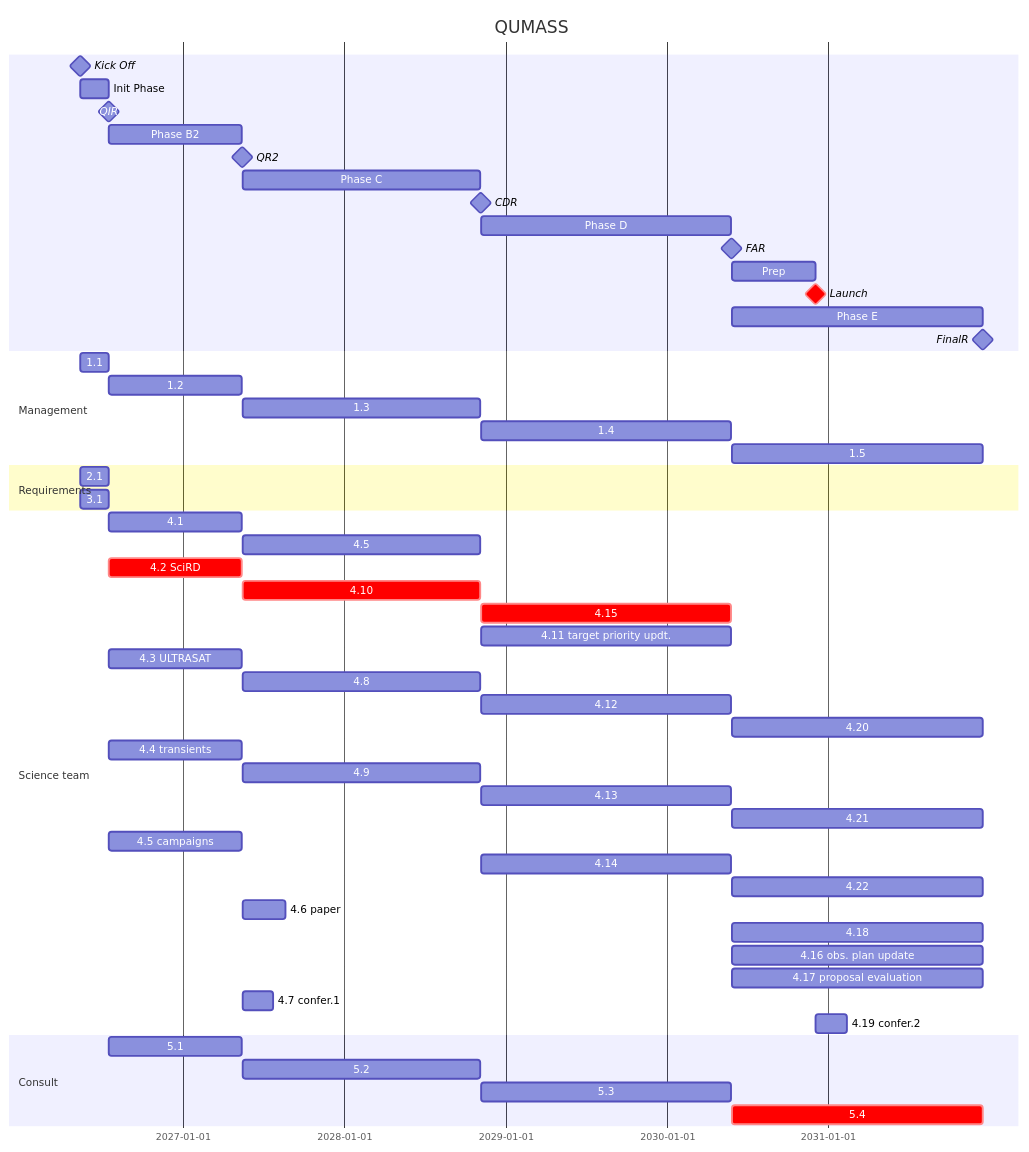
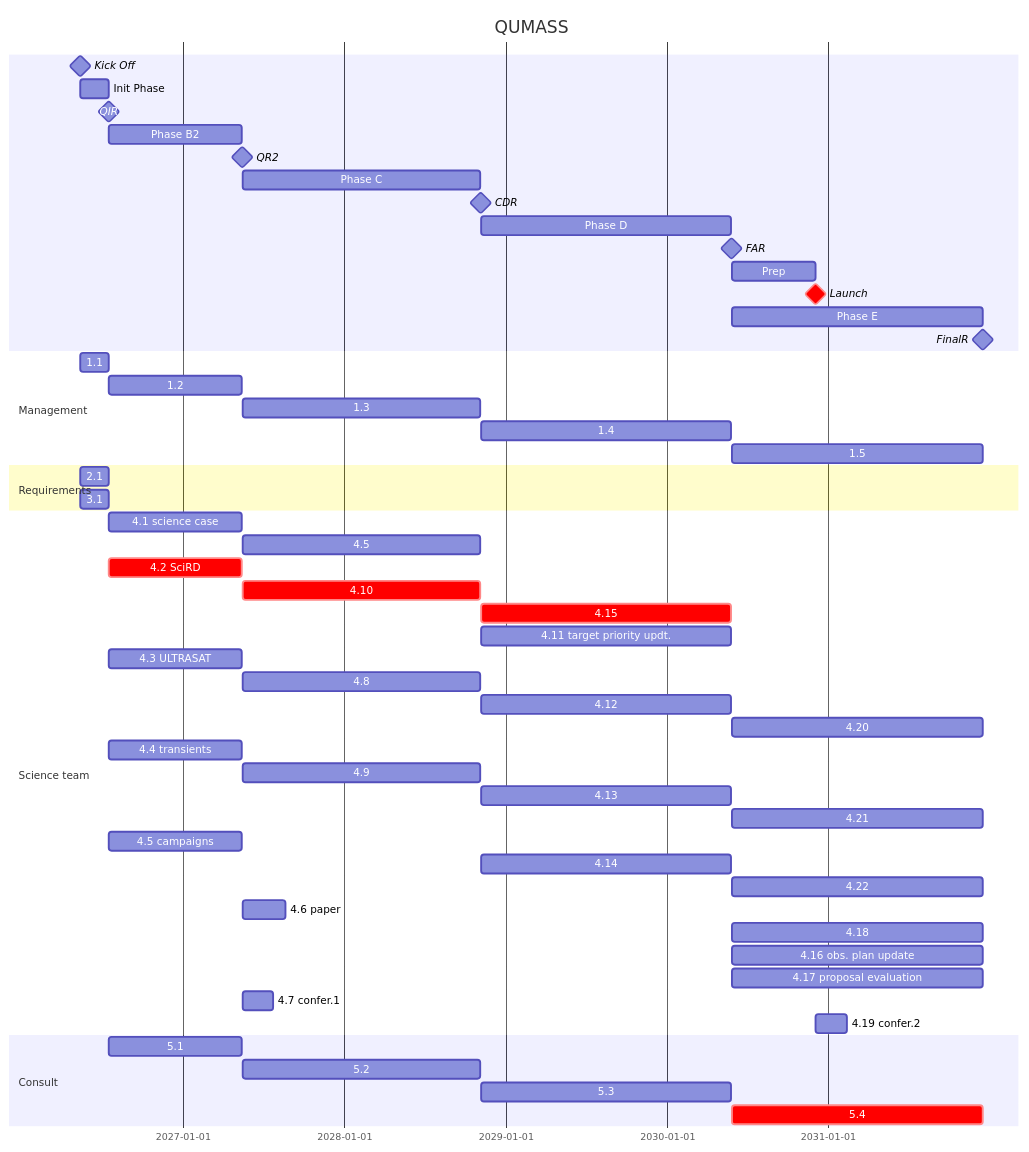
The diagram in calib/Science.md (limu007/quvik), drawn with Mermaid before and after one commit.

Commit message:
Clarify section 4.1 in Science.md

````diff
--- a/calib/Science.md
+++ b/calib/Science.md
@@ -1,58 +1,58 @@
 ```mermaid
 gantt
     title QUMASS
     dateFormat  YYYY-MM-DD
     Kick Off : milestone, ko, 2026-05-14, 1d
     Init Phase : b1, after ko, 9w
     QIR : milestone, ir, after b1, 1d
     Phase B2 : b2, after ir, 43w
     QR2 : milestone, pdr, after b2, 1d
     Phase C : c1, after pdr, 77w
     CDR : milestone, cdr, after c1, 1d
     Phase D : d1, after cdr, 81w
     FAR : milestone, far, after d1, 1d
     Prep : prep, after far, 27w
     Launch : crit, milestone, frr, after prep, 1d
     Phase E : e1, after far, 81w
     FinalR : milestone, fr, after e1, 1d
 
     section Management
     1.1 : after ko, until ir
     1.2 : after ir, until pdr
     1.3 : after pdr, until cdr
     1.4 : after cdr, until far
     1.5 : after far, until fr
     section Requirements
     2.1 : after ko, until ir
     3.1 : after ko, until ir
     section Science team
-    4.1 : after ir, until pdr
+    4.1 science case : after ir, until pdr
     4.5 : after pdr, until cdr
     4.2 SciRD : crit, after ir, until pdr
     4.10 : crit, after pdr, until cdr
     4.15 : crit, after cdr, until far
     4.11 target priority updt. : after cdr, until far
     4.3 ULTRASAT : after ir, until pdr
     4.8 : after pdr, until cdr
     4.12 : after cdr, until far
     4.20 : after far, until fr
     4.4 transients : after ir, until pdr
     4.9 : after pdr, until cdr
     4.13 : after cdr, until far
     4.21 : after far, until fr
     4.5 campaigns : after ir, until pdr
     4.14 : after cdr, until far
     4.22 : after far, until fr
     4.6 paper : after pdr, 14w
     4.18 : after far, until fr
     4.16 obs. plan update : after far, until fr
     4.17 proposal evaluation : after far, until fr
     4.7 confer.1 : after pdr, 10w
     4.19 confer.2 : after frr, 10w
     section Consult
     5.1 : after ir, until pdr
     5.2 : after pdr, until cdr
     5.3 : after cdr, until far
     5.4 : crit, after far, until fr
 
 ```
````
